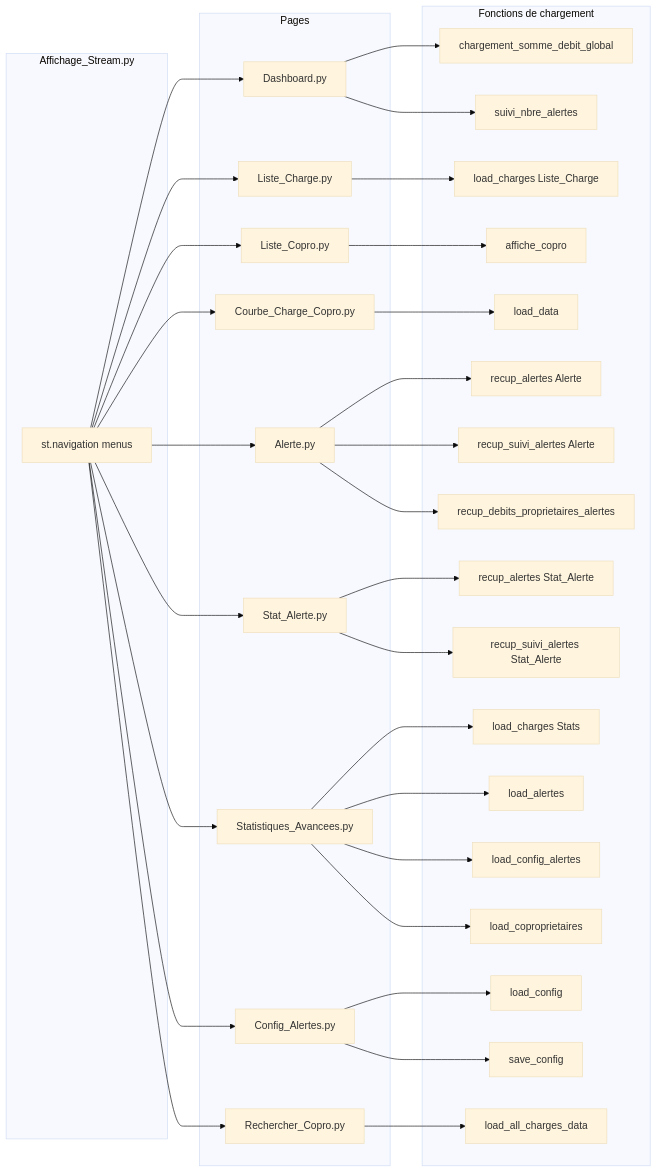
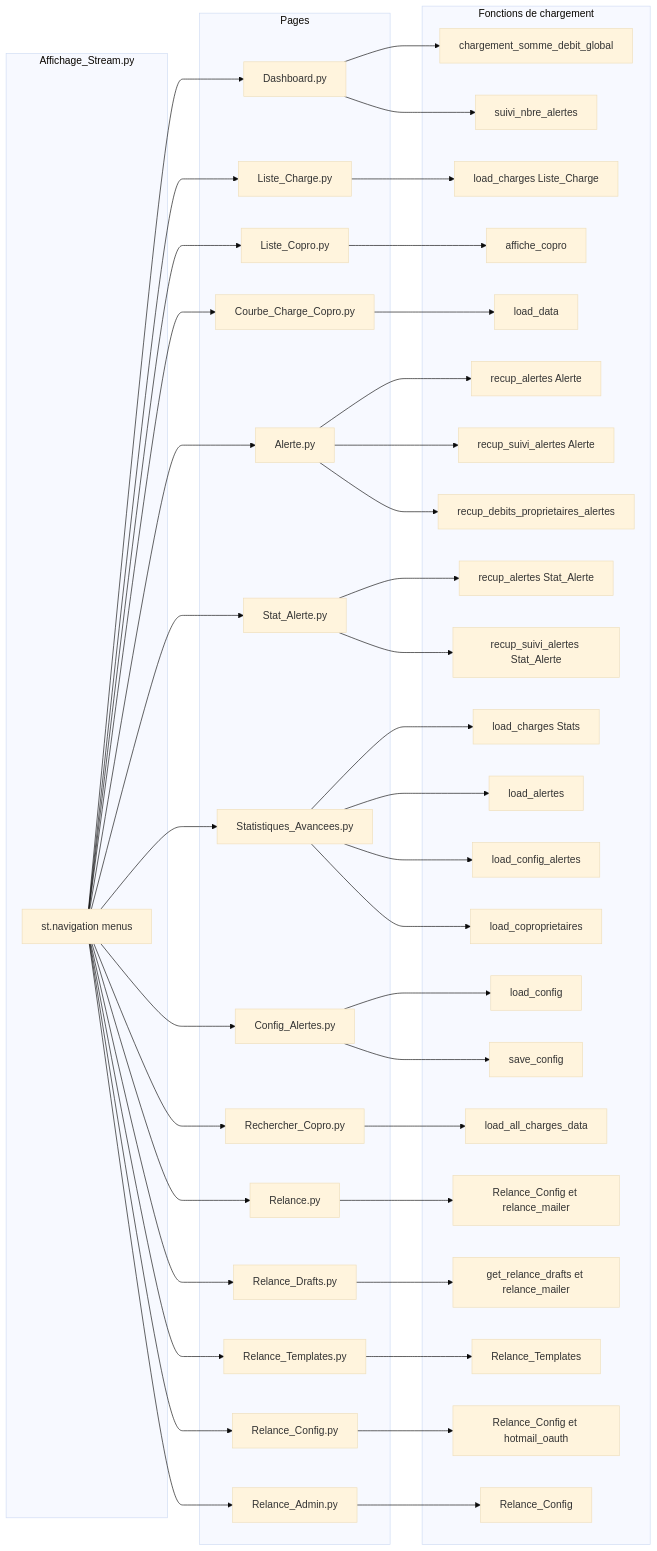
The third of 5 diagrams in reports/call_graph.md (therealcorwin/CPTCOPRO), drawn with Mermaid (base theme) before and after one commit. The commit also changed other lines of this file and 62 other files, not shown here.

````diff
--- a/reports/call_graph.md
+++ b/reports/call_graph.md
@@ -204,62 +204,78 @@
 ```mermaid
 flowchart LR
     subgraph APP[Affichage_Stream.py]
         nav[st.navigation menus]
     end
 
     subgraph PAGES[Pages]
         pg_dashboard[Dashboard.py]
         pg_liste_charge[Liste_Charge.py]
         pg_liste_copro[Liste_Copro.py]
         pg_courbe[Courbe_Charge_Copro.py]
         pg_alerte[Alerte.py]
         pg_stat_alerte[Stat_Alerte.py]
         pg_stats_adv[Statistiques_Avancees.py]
         pg_config[Config_Alertes.py]
         pg_search[Rechercher_Copro.py]
+        pg_relance[Relance.py]
+        pg_drafts[Relance_Drafts.py]
+        pg_templates[Relance_Templates.py]
+        pg_relance_config[Relance_Config.py]
+        pg_relance_admin[Relance_Admin.py]
     end
 
     subgraph DATA_FUNCTIONS[Fonctions de chargement]
         f_dash1[chargement_somme_debit_global]
         f_dash2[suivi_nbre_alertes]
         f_lc[load_charges Liste_Charge]
         f_lcopro[affiche_copro]
         f_courbe[load_data]
         f_al1[recup_alertes Alerte]
         f_al2[recup_suivi_alertes Alerte]
         f_al3[recup_debits_proprietaires_alertes]
         f_sa1[recup_alertes Stat_Alerte]
         f_sa2[recup_suivi_alertes Stat_Alerte]
         f_sadv1[load_charges Stats]
         f_sadv2[load_alertes]
         f_sadv3[load_config_alertes]
         f_sadv4[load_coproprietaires]
         f_cfg1[load_config]
         f_cfg2[save_config]
         f_rech[load_all_charges_data]
+        f_relance[Relance_Config et relance_mailer]
+        f_drafts[get_relance_drafts et relance_mailer]
+        f_templates[Relance_Templates]
+        f_relance_config[Relance_Config et hotmail_oauth]
+        f_relance_admin[Relance_Config]
     end
 
     nav --> pg_dashboard --> f_dash1
     pg_dashboard --> f_dash2
 
     nav --> pg_liste_charge --> f_lc
     nav --> pg_liste_copro --> f_lcopro
     nav --> pg_courbe --> f_courbe
 
     nav --> pg_alerte --> f_al1
     pg_alerte --> f_al2
     pg_alerte --> f_al3
 
     nav --> pg_stat_alerte --> f_sa1
     pg_stat_alerte --> f_sa2
 
     nav --> pg_stats_adv --> f_sadv1
     pg_stats_adv --> f_sadv2
     pg_stats_adv --> f_sadv3
     pg_stats_adv --> f_sadv4
 
     nav --> pg_config --> f_cfg1
     pg_config --> f_cfg2
 
     nav --> pg_search --> f_rech
+
+    nav --> pg_relance --> f_relance
+    nav --> pg_drafts --> f_drafts
+    nav --> pg_templates --> f_templates
+    nav --> pg_relance_config --> f_relance_config
+    nav --> pg_relance_admin --> f_relance_admin
 ```
````
